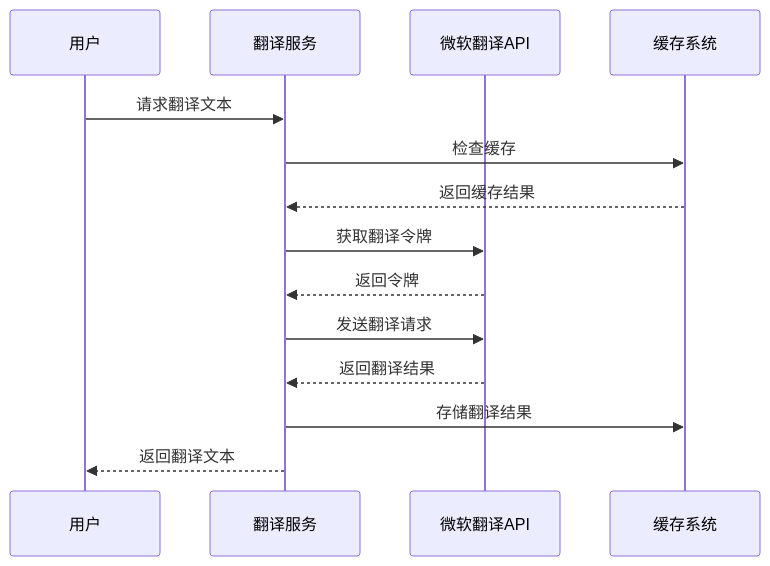
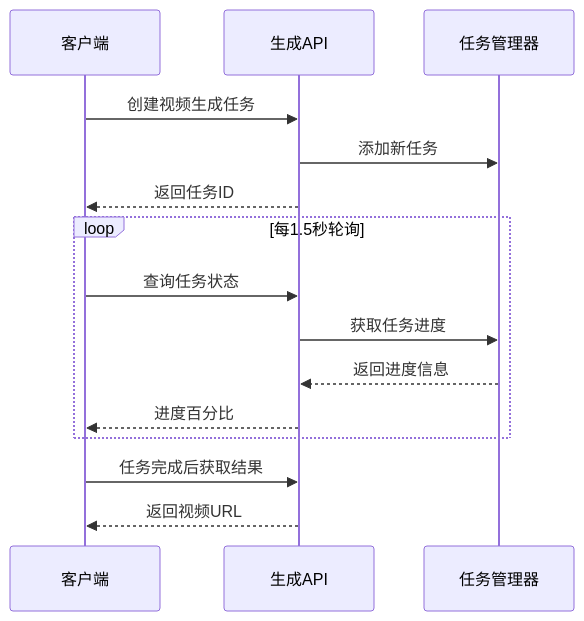
Before and after one commit to zuozuoliu740-cmd/xianxiong-news: the tenth of 12 diagrams in .qoder/repowiki/zh/content/核心功能模块/AI实验室模块.md, drawn with Mermaid. The commit also changed other lines of this file and 6 other files, not shown here.

````diff
--- a/.qoder/repowiki/zh/content/核心功能模块/AI实验室模块.md
+++ b/.qoder/repowiki/zh/content/核心功能模块/AI实验室模块.md
@@ -292,16 +414,17 @@
 ```mermaid
 sequenceDiagram
-participant U as 用户
-participant T as 翻译服务
-participant M as 微软翻译API
-participant C as 缓存系统
-U->>T : 请求翻译文本
-T->>C : 检查缓存
-C-->>T : 返回缓存结果
-T->>M : 获取翻译令牌
-M-->>T : 返回令牌
-T->>M : 发送翻译请求
-M-->>T : 返回翻译结果
-T->>C : 存储翻译结果
-T-->>U : 返回翻译文本
+participant C as 客户端
+participant A as 生成API
+participant T as 任务管理器
+C->>A : 创建视频生成任务
+A->>T : 添加新任务
+A-->>C : 返回任务ID
+loop 每1.5秒轮询
+C->>A : 查询任务状态
+A->>T : 获取任务进度
+T-->>A : 返回进度信息
+A-->>C : 进度百分比
+end
+C->>A : 任务完成后获取结果
+A-->>C : 返回视频URL
 ```
````
